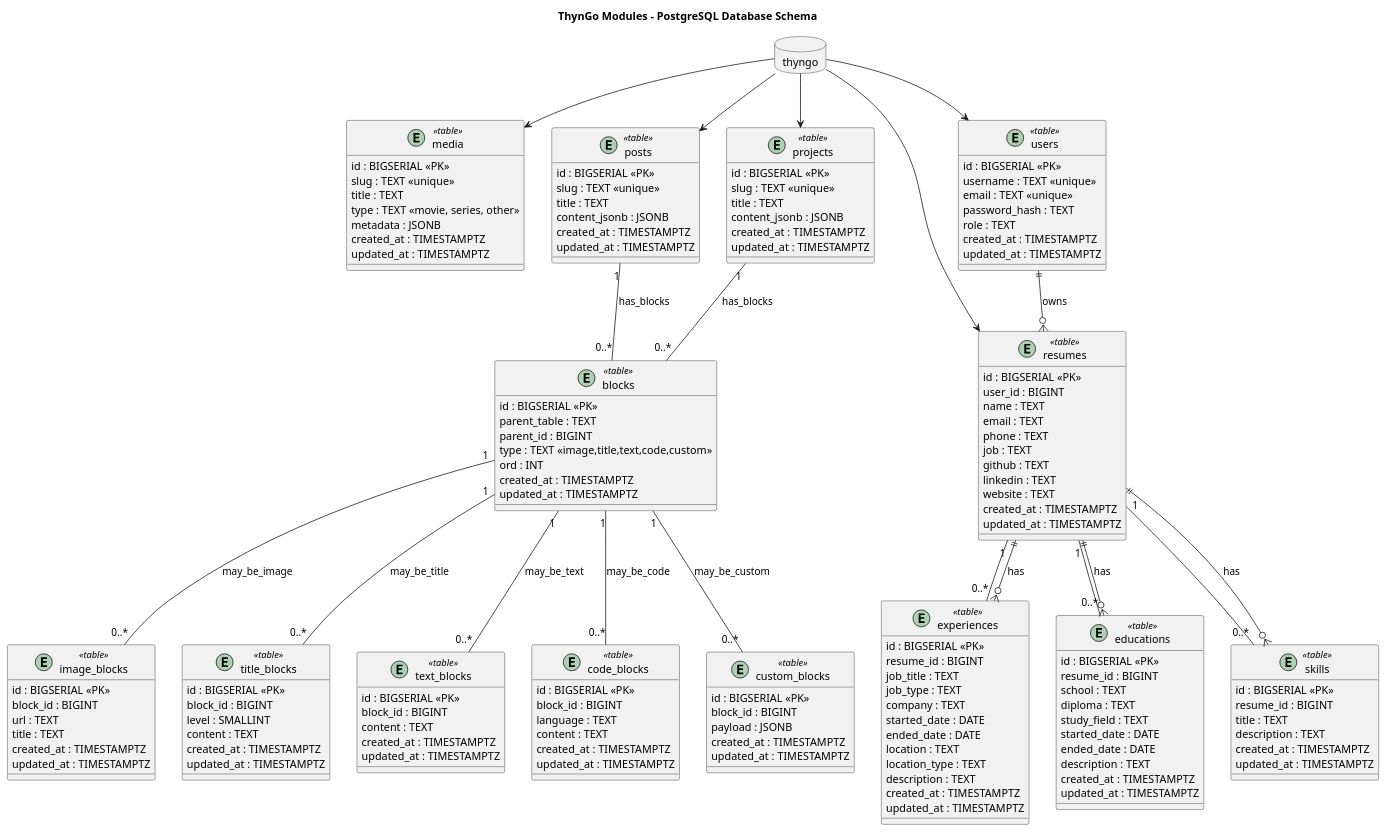
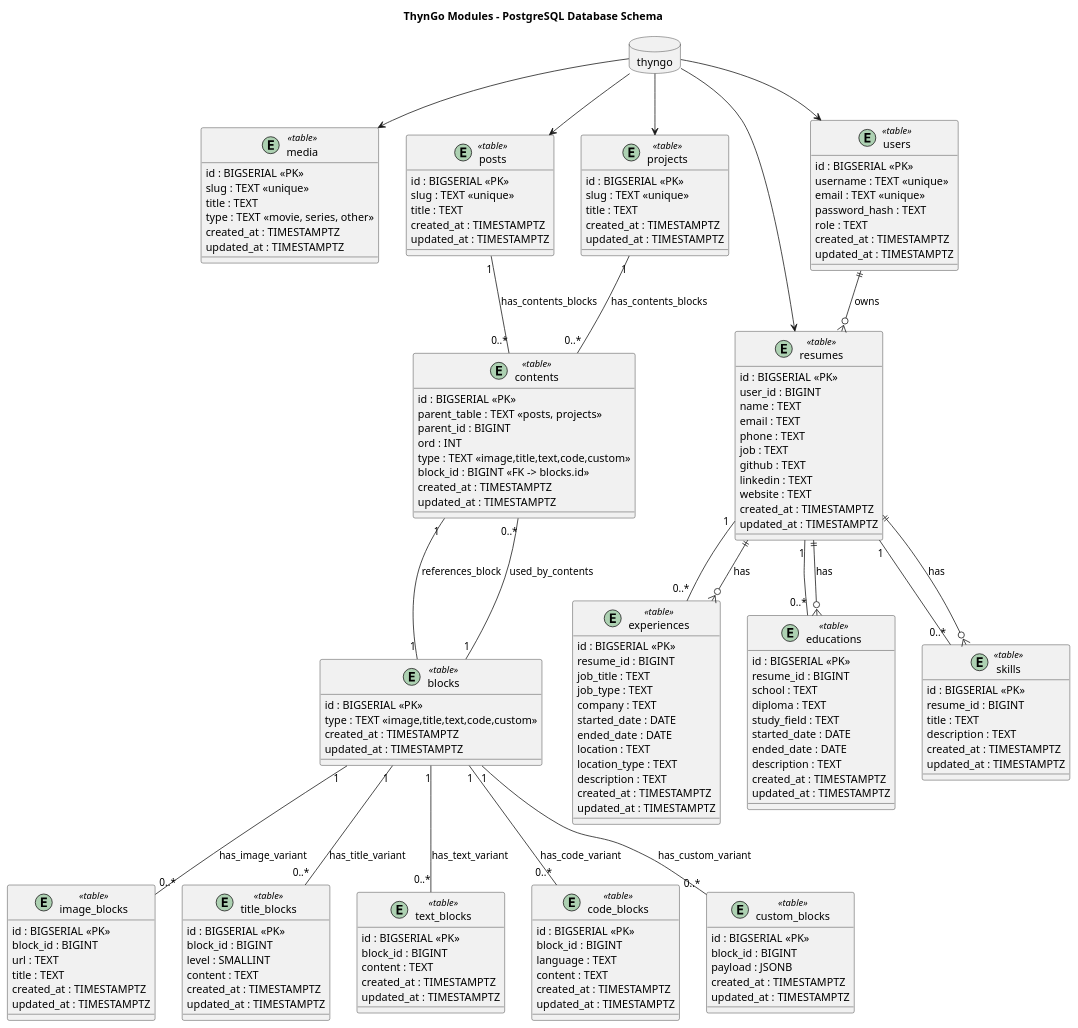
One commit to RaphaelMailhiot/thyngo changed the diagram in docs/database/postgres-modules.puml. Above: the diagram before and after it, drawn with PlantUML. The commit also changed 9 other files, not shown here.

```diff
--- a/docs/database/postgres-modules.puml
+++ b/docs/database/postgres-modules.puml
@@ -1,179 +1,186 @@
 @startuml
 
 title ThynGo Modules - PostgreSQL Database Schema
 
 database "thyngo" as thyngo {
 }
 
 entity "media" as media <<table>> {
   id : BIGSERIAL «PK»
   slug : TEXT «unique»
   title : TEXT
   type : TEXT «movie, series, other»
-  metadata : JSONB
   created_at : TIMESTAMPTZ
   updated_at : TIMESTAMPTZ
 }
 
 entity "posts" as posts <<table>> {
   id : BIGSERIAL «PK»
   slug : TEXT «unique»
   title : TEXT
-  content_jsonb : JSONB
   created_at : TIMESTAMPTZ
   updated_at : TIMESTAMPTZ
 }
 
 entity "projects" as projects <<table>> {
   id : BIGSERIAL «PK»
   slug : TEXT «unique»
   title : TEXT
-  content_jsonb : JSONB
   created_at : TIMESTAMPTZ
   updated_at : TIMESTAMPTZ
 }
 
 entity "resumes" as resumes <<table>> {
   id : BIGSERIAL «PK»
   user_id : BIGINT
   name : TEXT
   email : TEXT
   phone : TEXT
   job : TEXT
   github : TEXT
   linkedin : TEXT
   website : TEXT
   created_at : TIMESTAMPTZ
   updated_at : TIMESTAMPTZ
 }
 
 entity "users" as users <<table>> {
   id : BIGSERIAL «PK»
   username : TEXT «unique»
   email : TEXT «unique»
   password_hash : TEXT
   role : TEXT
   created_at : TIMESTAMPTZ
   updated_at : TIMESTAMPTZ
 }
 
-entity "blocks" as contents <<table>> {
+entity "contents" as contents <<table>> {
   id : BIGSERIAL «PK»
-  parent_table : TEXT
+  parent_table : TEXT «posts, projects»
   parent_id : BIGINT
+  ord : INT
   type : TEXT «image,title,text,code,custom»
-  ord : INT
+  block_id : BIGINT «FK -> blocks.id»
+  created_at : TIMESTAMPTZ
+  updated_at : TIMESTAMPTZ
+}
+
+entity "blocks" as blocks <<table>> {
+  id : BIGSERIAL «PK»
+  type : TEXT «image,title,text,code,custom»
   created_at : TIMESTAMPTZ
   updated_at : TIMESTAMPTZ
 }
 
 entity "image_blocks" as images <<table>> {
   id : BIGSERIAL «PK»
   block_id : BIGINT
   url : TEXT
   title : TEXT
   created_at : TIMESTAMPTZ
   updated_at : TIMESTAMPTZ
 }
 
 entity "title_blocks" as titles <<table>> {
   id : BIGSERIAL «PK»
   block_id : BIGINT
   level : SMALLINT
   content : TEXT
   created_at : TIMESTAMPTZ
   updated_at : TIMESTAMPTZ
 }
 
 entity "text_blocks" as texts <<table>> {
   id : BIGSERIAL «PK»
   block_id : BIGINT
   content : TEXT
   created_at : TIMESTAMPTZ
   updated_at : TIMESTAMPTZ
 }
 
 entity "code_blocks" as codes <<table>> {
   id : BIGSERIAL «PK»
   block_id : BIGINT
   language : TEXT
   content : TEXT
   created_at : TIMESTAMPTZ
   updated_at : TIMESTAMPTZ
 }
 
 entity "custom_blocks" as customs <<table>> {
   id : BIGSERIAL «PK»
   block_id : BIGINT
   payload : JSONB
   created_at : TIMESTAMPTZ
   updated_at : TIMESTAMPTZ
 }
 
 entity "experiences" as experiences <<table>> {
   id : BIGSERIAL «PK»
   resume_id : BIGINT
   job_title : TEXT
   job_type : TEXT
   company : TEXT
   started_date : DATE
   ended_date : DATE
   location : TEXT
   location_type : TEXT
   description : TEXT
   created_at : TIMESTAMPTZ
   updated_at : TIMESTAMPTZ
 }
 
 entity "educations" as educations <<table>> {
   id : BIGSERIAL «PK»
   resume_id : BIGINT
   school : TEXT
   diploma : TEXT
   study_field : TEXT
   started_date : DATE
   ended_date : DATE
   description : TEXT
   created_at : TIMESTAMPTZ
   updated_at : TIMESTAMPTZ
 }
 
 entity "skills" as skills <<table>> {
   id : BIGSERIAL «PK»
   resume_id : BIGINT
   title : TEXT
   description : TEXT
   created_at : TIMESTAMPTZ
   updated_at : TIMESTAMPTZ
 }
 
 ' Modules tables
 thyngo --> media
 thyngo --> projects
 thyngo --> posts
 thyngo --> resumes
 thyngo --> users
 
-' Blocks contents related tables
-posts "1" -- "0..*" contents : has_blocks
-projects "1" -- "0..*" contents : has_blocks
+' Contents / Blocks relations
+posts "1" -- "0..*" contents : has_contents_blocks
+projects "1" -- "0..*" contents : has_contents_blocks
+contents "1" -- "1" blocks : references_block
+blocks "1" -- "0..*" contents : used_by_contents
 
-contents "1" -- "0..*" images : may_be_image
-contents "1" -- "0..*" titles : may_be_title
-contents "1" -- "0..*" texts : may_be_text
-contents "1" -- "0..*" codes : may_be_code
-contents "1" -- "0..*" customs : may_be_custom
+' Blocks to specific block tables
+blocks "1" -- "0..*" images : has_image_variant
+blocks "1" -- "0..*" titles : has_title_variant
+blocks "1" -- "0..*" texts : has_text_variant
+blocks "1" -- "0..*" codes : has_code_variant
+blocks "1" -- "0..*" customs : has_custom_variant
 
 ' Resume related tables
 resumes "1" -- "0..*" experiences
 resumes "1" -- "0..*" educations
 resumes "1" -- "0..*" skills
 
 ' Foreign key hints (diagrammatic)
 users ||--o{ resumes : owns
 resumes ||--o{ experiences : has
 resumes ||--o{ educations : has
 resumes ||--o{ skills : has
 
-
 @enduml
```
